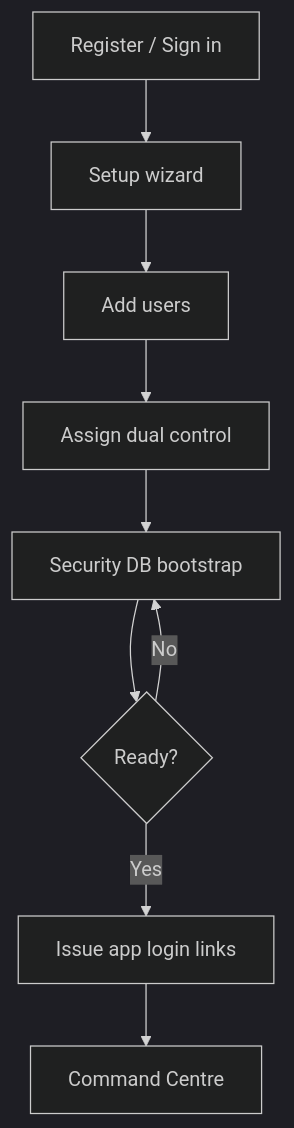
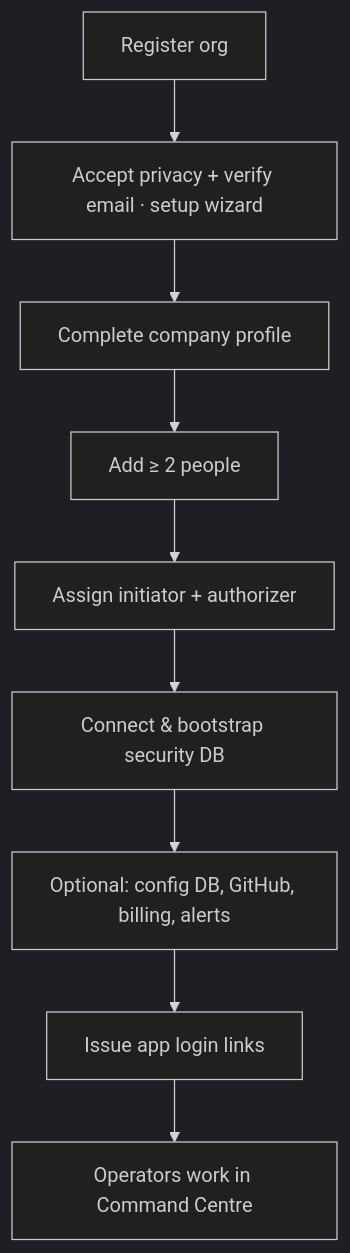
One commit to Phantom-Fort/Phantix-Frontend changed the diagram in docs/how-to/platform/README.md. Above: the diagram before and after it, drawn with Mermaid (dark theme). The commit also changed other lines of this file and 44 other files, not shown here.

````diff
--- a/docs/how-to/platform/README.md
+++ b/docs/how-to/platform/README.md
@@ -39,11 +27,11 @@
 ```mermaid
 flowchart TD
-  A[Register / Sign in] --> B[Setup wizard]
-  B --> C[Add users]
-  C --> D[Assign dual control]
-  D --> E[Security DB bootstrap]
-  E --> F{Ready?}
-  F -->|Yes| G[Issue app login links]
-  G --> H[Command Centre]
-  F -->|No| E
+  A[Register org] --> B[Accept privacy + verify email · setup wizard]
+  B --> C[Complete company profile]
+  C --> D[Add ≥ 2 people]
+  D --> E[Assign initiator + authorizer]
+  E --> F[Connect & bootstrap security DB]
+  F --> G[Optional: config DB, GitHub, billing, alerts]
+  G --> H[Issue app login links]
+  H --> I[Operators work in Command Centre]
 ```
````
